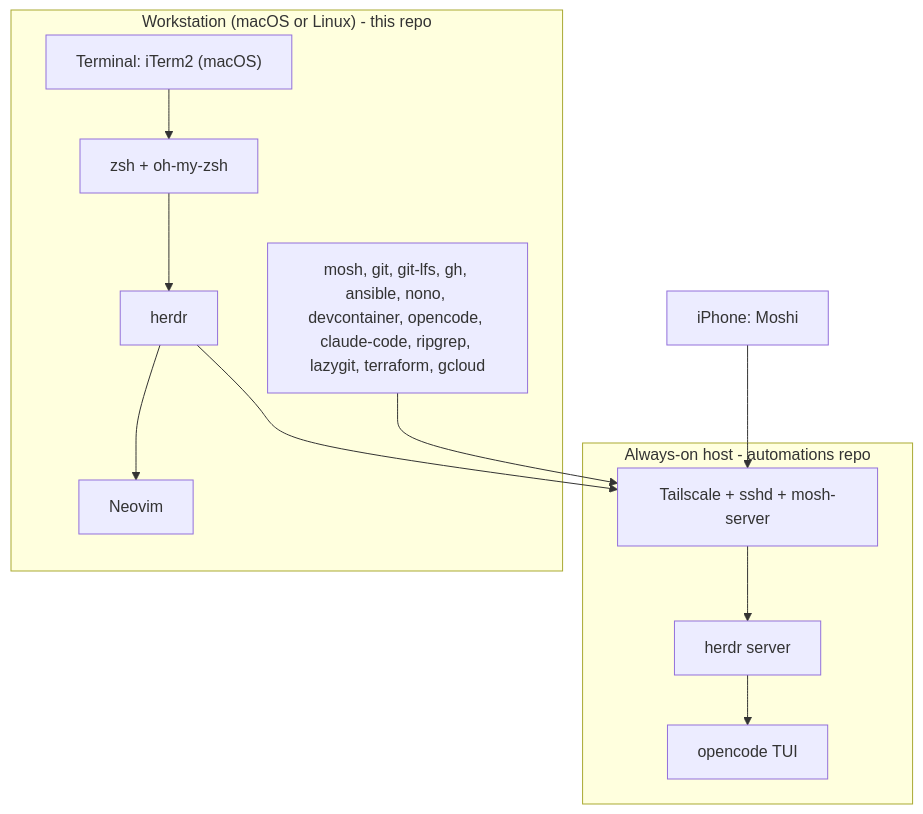
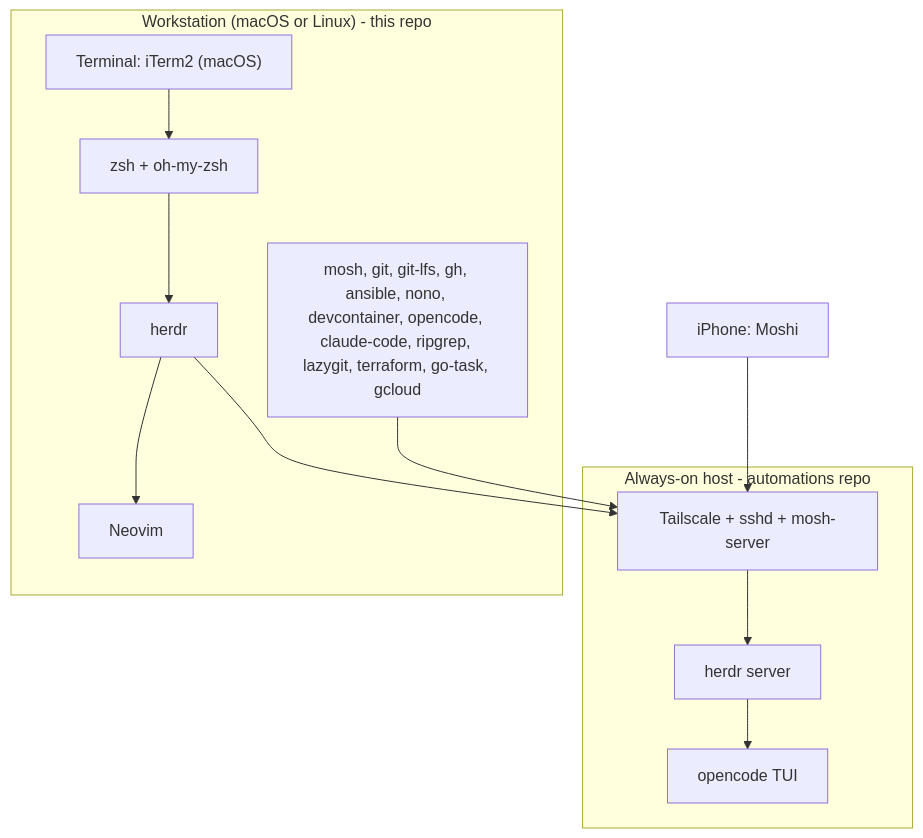
Before and after one commit to jkamenik/tui-ide: the diagram in docs/architecture.md, drawn with Mermaid. The commit also changed other lines of this file and 4 other files, not shown here.

````diff
--- a/docs/architecture.md
+++ b/docs/architecture.md
@@ -21,26 +21,26 @@
 ```mermaid
 flowchart TB
     subgraph Workstation["Workstation (macOS or Linux) - this repo"]
         Term["Terminal: iTerm2 (macOS)"]
         Shell["zsh + oh-my-zsh"]
         Mux["herdr"]
         Edit["Neovim"]
-        Tools["mosh, git, git-lfs, gh, ansible, nono, devcontainer, opencode, claude-code, ripgrep, lazygit, terraform, gcloud"]
+        Tools["mosh, git, git-lfs, gh, ansible, nono, devcontainer, opencode, claude-code, ripgrep, lazygit, terraform, go-task, gcloud"]
     end
 
     subgraph Remote["Always-on host - automations repo"]
         TSNet["Tailscale + sshd + mosh-server"]
         Hmux["herdr server"]
         Agent["opencode TUI"]
     end
 
     IOS["iPhone: Moshi"]
 
     Term --> Shell --> Mux
     Mux --> Edit
     Mux --> TSNet
     Tools --> TSNet
     IOS --> TSNet
     TSNet --> Hmux
     Hmux --> Agent
 ```
````
